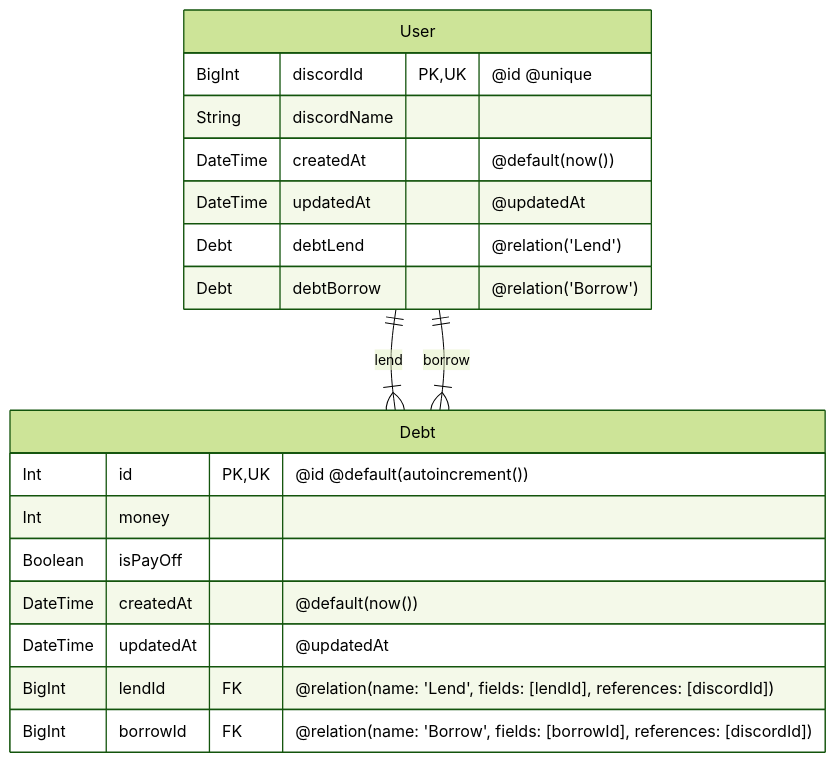
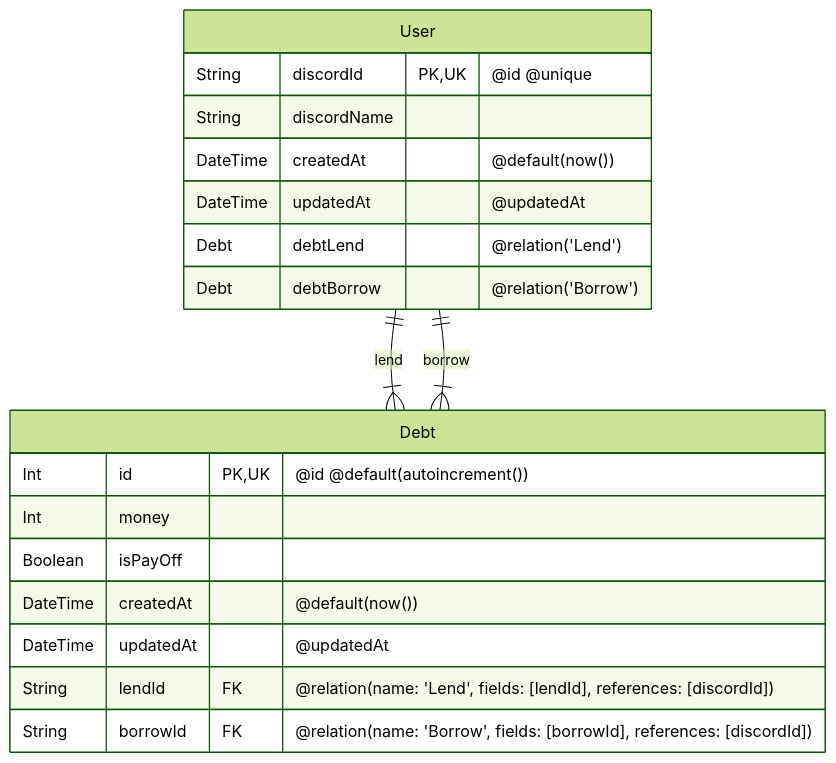
One commit to Myxogastria0808/DebtBot changed the diagram in README.md. Above: the diagram before and after it, drawn with Mermaid (forest theme).

````diff
--- a/README.md
+++ b/README.md
@@ -103,22 +103,22 @@
 ```mermaid
 erDiagram
     User ||--|{ Debt : lend
     User ||--|{ Debt : borrow
     User {
-        BigInt discordId PK, UK "@id @unique"
+        String discordId PK, UK "@id @unique"
         String discordName
         DateTime createdAt "@default(now())"
         DateTime updatedAt "@updatedAt"
         Debt debtLend "@relation('Lend')"
         Debt debtBorrow "@relation('Borrow')"
     }
     Debt {
         Int id PK, UK "@id @default(autoincrement())"
         Int money
         Boolean isPayOff
         DateTime createdAt "@default(now())"
         DateTime updatedAt "@updatedAt"
-        BigInt lendId FK "@relation(name: 'Lend', fields: [lendId], references: [discordId])"
-        BigInt borrowId FK "@relation(name: 'Borrow', fields: [borrowId], references: [discordId])"
+        String lendId FK "@relation(name: 'Lend', fields: [lendId], references: [discordId])"
+        String borrowId FK "@relation(name: 'Borrow', fields: [borrowId], references: [discordId])"
     }
 ```
````
